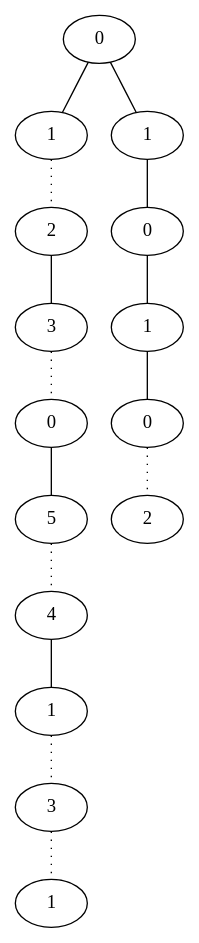
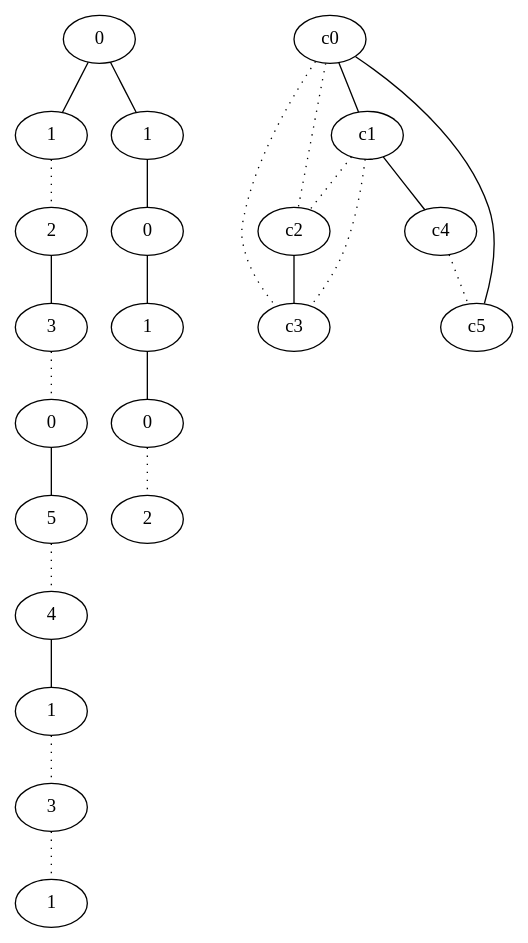
Before and after one commit to d1laj/Stage-M2: the diagram in TestPathsfactorised/result/dot/3starpath_15_6_tc_0_5_9.dot, drawn with Graphviz. The commit also changed 7499 other files, not shown here.

```diff
--- a/TestPathsfactorised/result/dot/3starpath_15_6_tc_0_5_9.dot
+++ b/TestPathsfactorised/result/dot/3starpath_15_6_tc_0_5_9.dot
@@ -1,31 +1,40 @@
 graph {
 a0[label=0];
 a1[label=1];
 a2[label=2];
 a3[label=3];
 a4[label=0];
 a5[label=5];
 a6[label=4];
 a7[label=1];
 a8[label=3];
 a9[label=1];
 a10[label=1];
 a11[label=0];
 a12[label=1];
 a13[label=0];
 a14[label=2];
 a0 -- a1;
 a0 -- a10;
 a1 -- a2 [style=dotted];
 a2 -- a3;
 a3 -- a4 [style=dotted];
 a4 -- a5;
 a5 -- a6 [style=dotted];
 a6 -- a7;
 a7 -- a8 [style=dotted];
 a8 -- a9 [style=dotted];
 a10 -- a11;
 a11 -- a12;
 a12 -- a13;
 a13 -- a14 [style=dotted];
+c0 -- c1;
+c0 -- c2 [style=dotted];
+c0 -- c3 [style=dotted];
+c0 -- c5;
+c1 -- c2 [style=dotted];
+c1 -- c3 [style=dotted];
+c1 -- c4;
+c2 -- c3;
+c4 -- c5 [style=dotted];
 }
```
